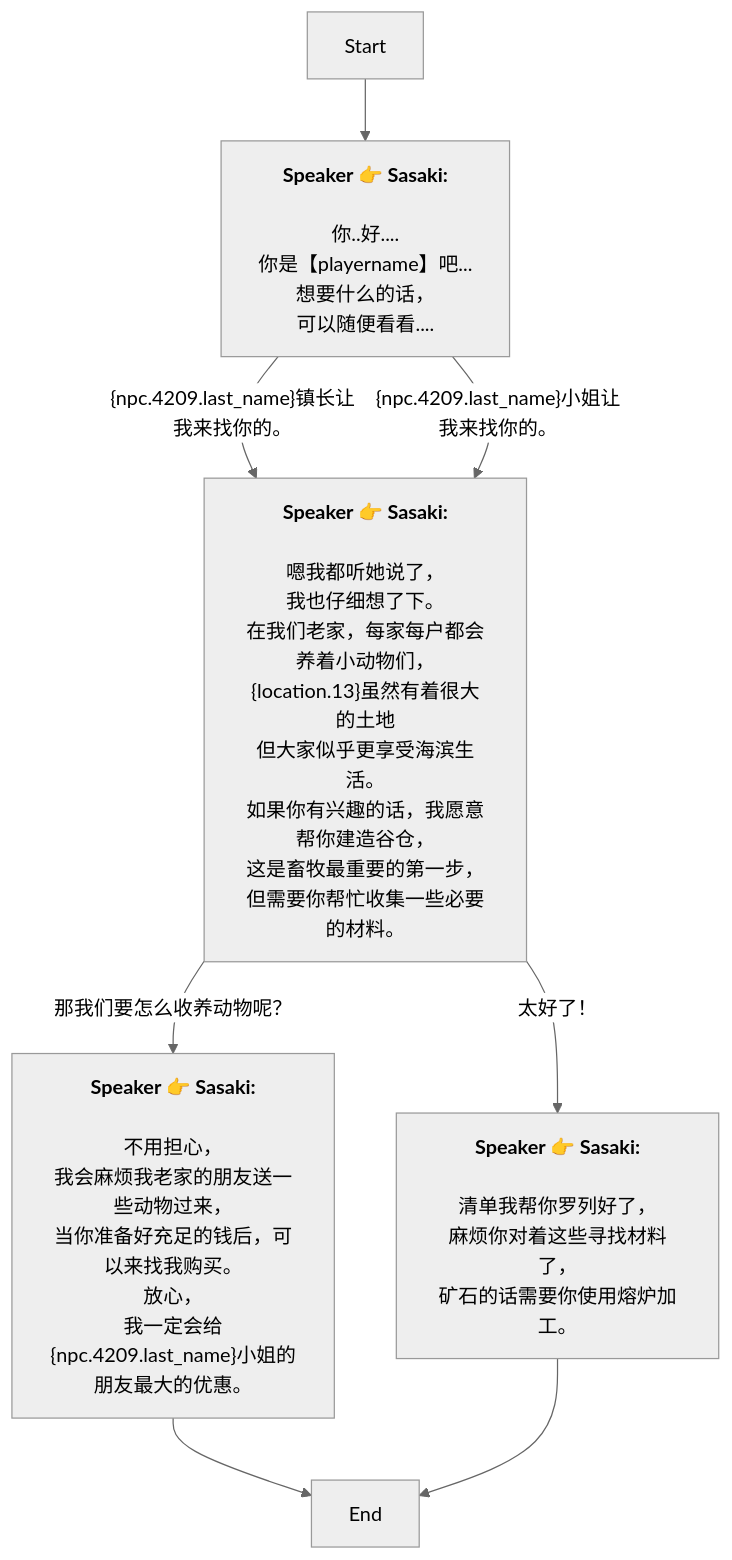
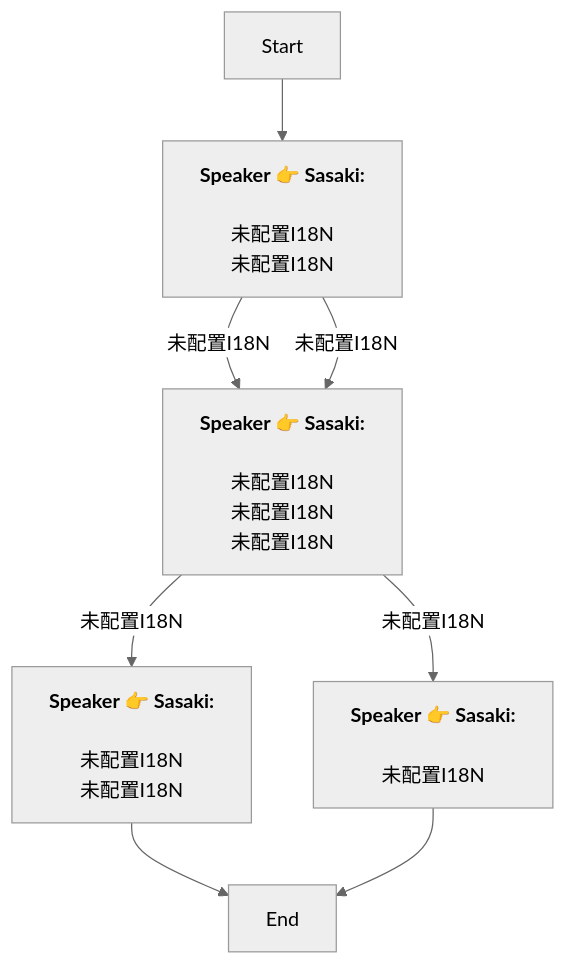
One commit to SoftHu/tos_avg changed the diagram in Zh/QuestTalkObjectiveNode_1741367967134983.md. Above: the diagram before and after it, drawn with Mermaid (neutral theme). The commit also changed 730 other files, not shown here.

````diff
--- a/Zh/QuestTalkObjectiveNode_1741367967134983.md
+++ b/Zh/QuestTalkObjectiveNode_1741367967134983.md
@@ -1,33 +1,16 @@
 ```mermaid
 graph
 Start -->1741368580010250[<b>Speaker 👉 Sasaki:</b>
-\n你..好....
-你是【playername】吧...\n想要什么的话，
-可以随便看看....]
-1741368580010250 -->|&lbrace;npc.4209.last_name&rbrace;镇长让我来找你的。|1741368831225105[<b>Speaker 👉 Sasaki:</b>
-\n嗯我都听她说了，
-我也仔细想了下。\n在我们老家，每家每户都会养着小动物们，
-&lbrace;location.13&rbrace;虽然有着很大的土地
-但大家似乎更享受海滨生活。\n如果你有兴趣的话，我愿意帮你建造谷仓，
-这是畜牧最重要的第一步，
-但需要你帮忙收集一些必要的材料。]
-1741368580010250 -->|&lbrace;npc.4209.last_name&rbrace;小姐让我来找你的。|1741368831225105[<b>Speaker 👉 Sasaki:</b>
-\n嗯我都听她说了，
-我也仔细想了下。\n在我们老家，每家每户都会养着小动物们，
-&lbrace;location.13&rbrace;虽然有着很大的土地
-但大家似乎更享受海滨生活。\n如果你有兴趣的话，我愿意帮你建造谷仓，
-这是畜牧最重要的第一步，
-但需要你帮忙收集一些必要的材料。]
-1741368831225105 -->|太好了！|1741369916772633[<b>Speaker 👉 Sasaki:</b>
-\n清单我帮你罗列好了，
-麻烦你对着这些寻找材料了，
-矿石的话需要你使用熔炉加工。]
-1741368831225105 -->|那我们要怎么收养动物呢？|1741369619692823[<b>Speaker 👉 Sasaki:</b>
-\n不用担心，
-我会麻烦我老家的朋友送一些动物过来，
-当你准备好充足的钱后，可以来找我购买。\n放心，
-我一定会给&lbrace;npc.4209.last_name&rbrace;小姐的朋友最大的优惠。]
+\n未配置I18N\n未配置I18N]
+1741368580010250 -->|未配置I18N|1741368831225105[<b>Speaker 👉 Sasaki:</b>
+\n未配置I18N\n未配置I18N\n未配置I18N]
+1741368580010250 -->|未配置I18N|1741368831225105[<b>Speaker 👉 Sasaki:</b>
+\n未配置I18N\n未配置I18N\n未配置I18N]
+1741368831225105 -->|未配置I18N|1741369916772633[<b>Speaker 👉 Sasaki:</b>
+\n未配置I18N]
+1741368831225105 -->|未配置I18N|1741369619692823[<b>Speaker 👉 Sasaki:</b>
+\n未配置I18N\n未配置I18N]
 1741369619692823 -->1741369683146008[End]
 1741369916772633 -->1741369683146008[End]
 
 ```
````
